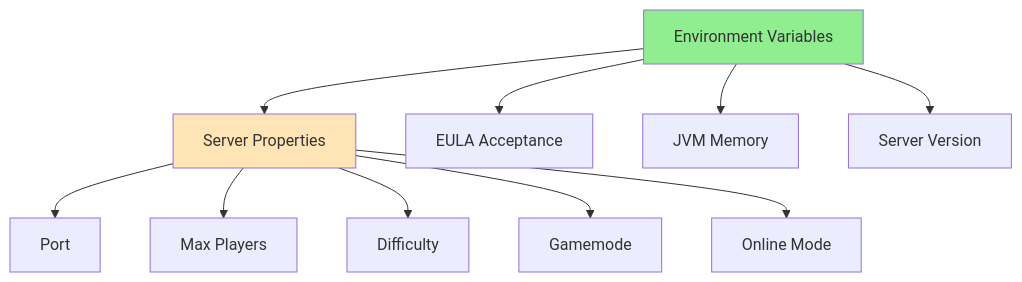
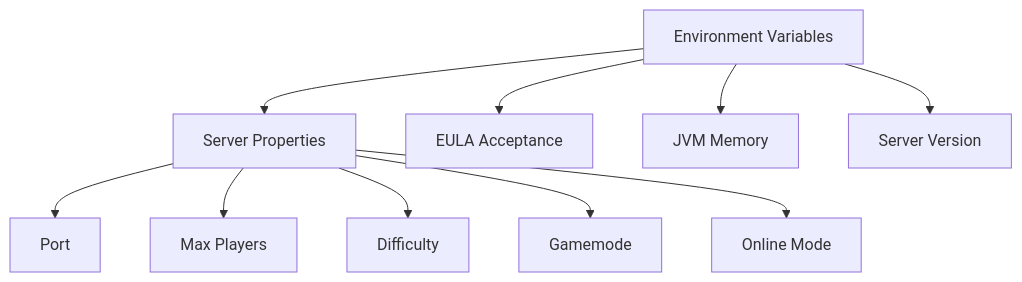
The sixth of 9 diagrams in docs/projects/minecraft-server.md (4gh0rn/dev-blog), drawn with Mermaid before and after one commit. The commit also changed other lines of this file and 17 other files, not shown here.

````diff
--- a/docs/projects/minecraft-server.md
+++ b/docs/projects/minecraft-server.md
@@ -185,16 +170,13 @@
 ```mermaid
 graph TB
     A[Environment Variables] --> B[Server Properties]
     A --> C[EULA Acceptance]
     A --> D[JVM Memory]
     A --> E[Server Version]
     
     B --> B1[Port]
     B --> B2[Max Players]
     B --> B3[Difficulty]
     B --> B4[Gamemode]
     B --> B5[Online Mode]
-    
-    style A fill:#90EE90
-    style B fill:#FFE4B5
 ```
````
